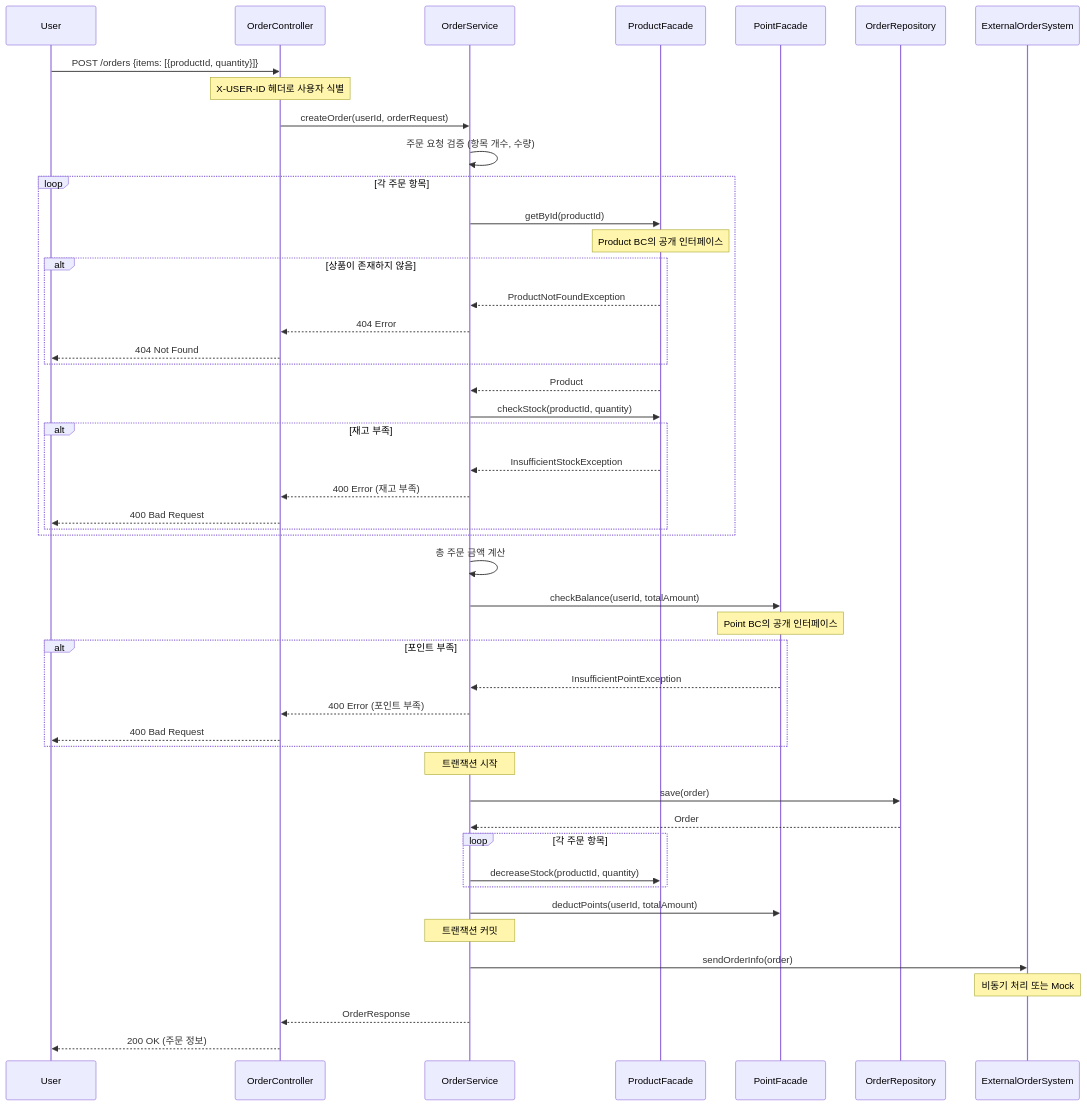
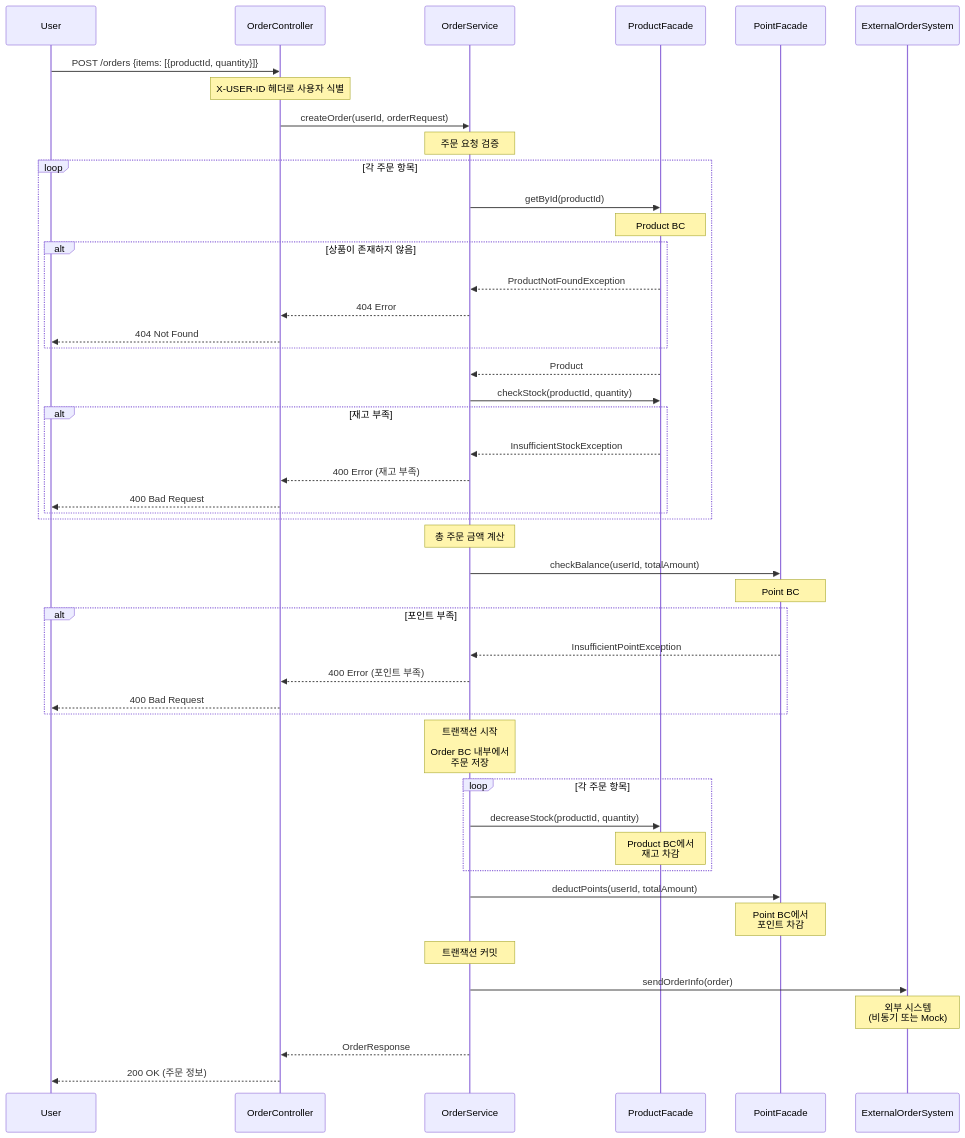
The fourth of 5 diagrams in .docs/design/02-sequence-diagrams.md (Loopers-dev-lab/loopers-spring-kotlin-template), drawn with Mermaid before and after one commit. The commit also changed other lines of this file, not shown here.

Commit message:
fix: Repository 를 시퀀스 다이어그램 표현에서 배제

````diff
--- a/.docs/design/02-sequence-diagrams.md
+++ b/.docs/design/02-sequence-diagrams.md
@@ -158,64 +136,62 @@
 ```mermaid
 sequenceDiagram
     participant User
     participant OrderController
     participant OrderService
     participant ProductFacade
     participant PointFacade
-    participant OrderRepository
     participant ExternalOrderSystem
 
     User->>OrderController: POST /orders {items: [{productId, quantity}]}
     Note over OrderController: X-USER-ID 헤더로 사용자 식별
 
     OrderController->>OrderService: createOrder(userId, orderRequest)
 
-    OrderService->>OrderService: 주문 요청 검증 (항목 개수, 수량)
+    Note over OrderService: 주문 요청 검증
 
     loop 각 주문 항목
         OrderService->>ProductFacade: getById(productId)
-        Note over ProductFacade: Product BC의 공개 인터페이스
+        Note over ProductFacade: Product BC
         alt 상품이 존재하지 않음
             ProductFacade-->>OrderService: ProductNotFoundException
             OrderService-->>OrderController: 404 Error
             OrderController-->>User: 404 Not Found
         end
         ProductFacade-->>OrderService: Product
 
         OrderService->>ProductFacade: checkStock(productId, quantity)
         alt 재고 부족
             ProductFacade-->>OrderService: InsufficientStockException
             OrderService-->>OrderController: 400 Error (재고 부족)
             OrderController-->>User: 400 Bad Request
         end
     end
 
-    OrderService->>OrderService: 총 주문 금액 계산
+    Note over OrderService: 총 주문 금액 계산
 
     OrderService->>PointFacade: checkBalance(userId, totalAmount)
-    Note over PointFacade: Point BC의 공개 인터페이스
+    Note over PointFacade: Point BC
     alt 포인트 부족
         PointFacade-->>OrderService: InsufficientPointException
         OrderService-->>OrderController: 400 Error (포인트 부족)
         OrderController-->>User: 400 Bad Request
     end
 
-    Note over OrderService: 트랜잭션 시작
-
-    OrderService->>OrderRepository: save(order)
-    OrderRepository-->>OrderService: Order
+    Note over OrderService: 트랜잭션 시작<br/><br/>Order BC 내부에서<br/>주문 저장
 
     loop 각 주문 항목
         OrderService->>ProductFacade: decreaseStock(productId, quantity)
+        Note over ProductFacade: Product BC에서<br/>재고 차감
     end
 
     OrderService->>PointFacade: deductPoints(userId, totalAmount)
+    Note over PointFacade: Point BC에서<br/>포인트 차감
 
     Note over OrderService: 트랜잭션 커밋
 
     OrderService->>ExternalOrderSystem: sendOrderInfo(order)
-    Note over ExternalOrderSystem: 비동기 처리 또는 Mock
+    Note over ExternalOrderSystem: 외부 시스템<br/>(비동기 또는 Mock)
 
     OrderService-->>OrderController: OrderResponse
     OrderController-->>User: 200 OK (주문 정보)
 ```
````
